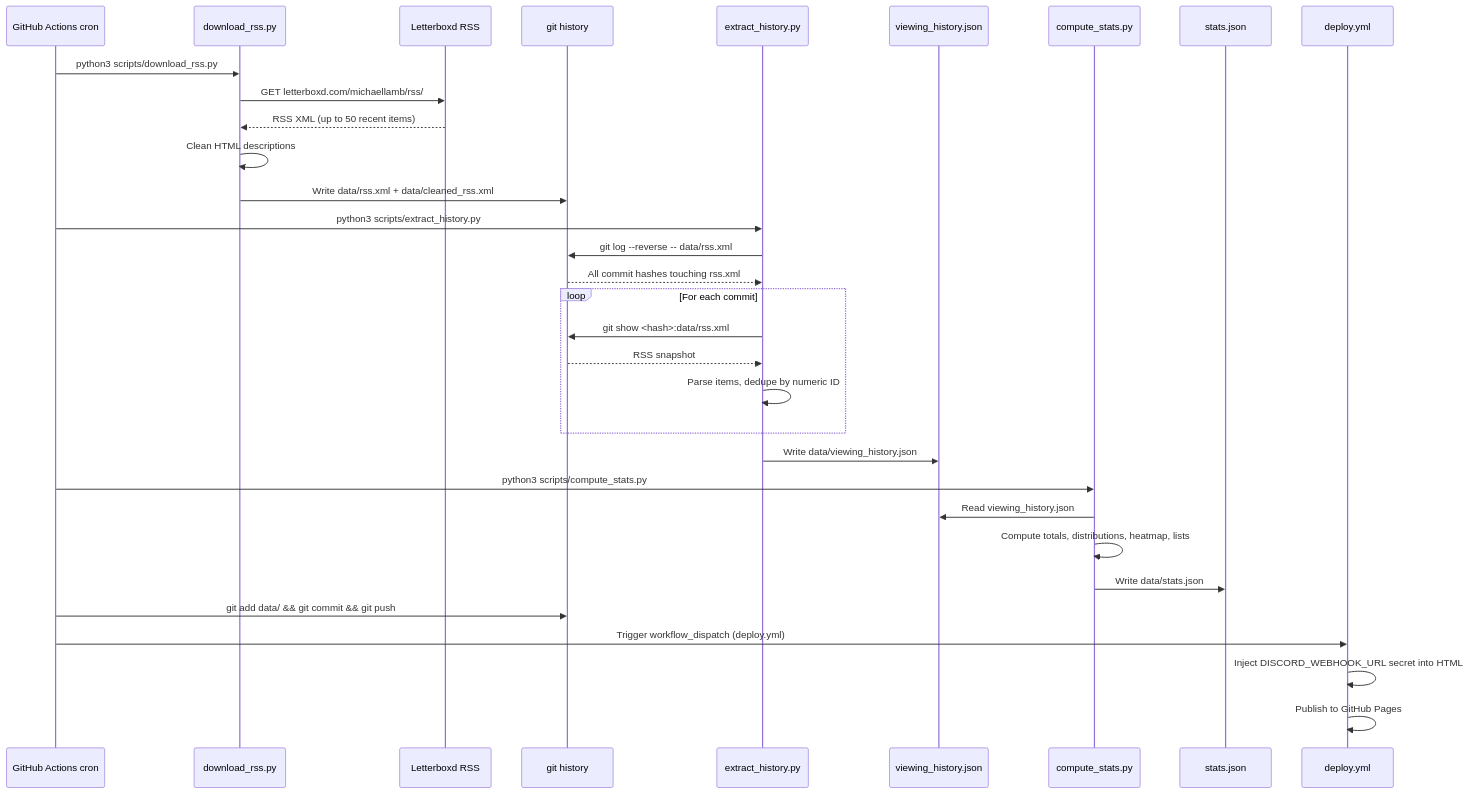
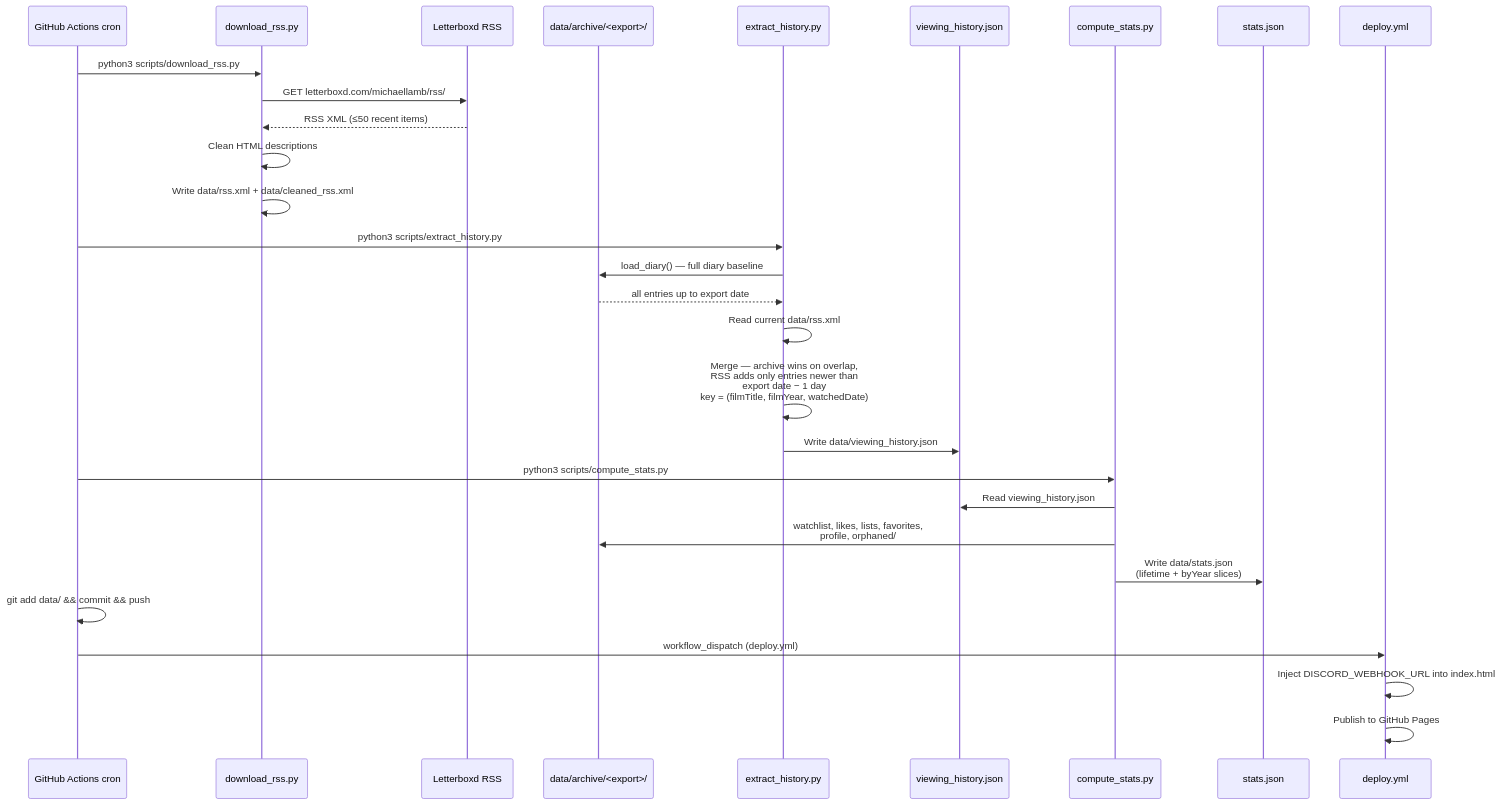
The fifth of 5 diagrams in sequence-diagram.md (michaellambgelo/letterboxd-viewer), drawn with Mermaid before and after one commit. The commit also changed other lines of this file, not shown here.

````diff
--- a/sequence-diagram.md
+++ b/sequence-diagram.md
@@ -39,38 +162,35 @@
 ```mermaid
 sequenceDiagram
     participant Cron as GitHub Actions cron
     participant Download as download_rss.py
     participant Letterboxd as Letterboxd RSS
-    participant Git as git history
+    participant Archive as data/archive/<export>/
     participant Extract as extract_history.py
     participant History as viewing_history.json
     participant Compute as compute_stats.py
     participant Stats as stats.json
     participant Deploy as deploy.yml
 
     Cron->>Download: python3 scripts/download_rss.py
     Download->>Letterboxd: GET letterboxd.com/michaellamb/rss/
-    Letterboxd-->>Download: RSS XML (up to 50 recent items)
+    Letterboxd-->>Download: RSS XML (≤50 recent items)
     Download->>Download: Clean HTML descriptions
-    Download->>Git: Write data/rss.xml + data/cleaned_rss.xml
+    Download->>Download: Write data/rss.xml + data/cleaned_rss.xml
 
     Cron->>Extract: python3 scripts/extract_history.py
-    Extract->>Git: git log --reverse -- data/rss.xml
-    Git-->>Extract: All commit hashes touching rss.xml
-    loop For each commit
-        Extract->>Git: git show <hash>:data/rss.xml
-        Git-->>Extract: RSS snapshot
-        Extract->>Extract: Parse items, dedupe by numeric ID
-    end
+    Extract->>Archive: load_diary() — full diary baseline
+    Archive-->>Extract: all entries up to export date
+    Extract->>Extract: Read current data/rss.xml
+    Extract->>Extract: Merge — archive wins on overlap,<br/>RSS adds only entries newer than<br/>export date − 1 day<br/>key = (filmTitle, filmYear, watchedDate)
     Extract->>History: Write data/viewing_history.json
 
     Cron->>Compute: python3 scripts/compute_stats.py
     Compute->>History: Read viewing_history.json
-    Compute->>Compute: Compute totals, distributions, heatmap, lists
-    Compute->>Stats: Write data/stats.json
+    Compute->>Archive: watchlist, likes, lists, favorites,<br/>profile, orphaned/
+    Compute->>Stats: Write data/stats.json<br/>(lifetime + byYear slices)
 
-    Cron->>Git: git add data/ && git commit && git push
-    Cron->>Deploy: Trigger workflow_dispatch (deploy.yml)
-    Deploy->>Deploy: Inject DISCORD_WEBHOOK_URL secret into HTML
+    Cron->>Cron: git add data/ && commit && push
+    Cron->>Deploy: workflow_dispatch (deploy.yml)
+    Deploy->>Deploy: Inject DISCORD_WEBHOOK_URL into index.html
     Deploy->>Deploy: Publish to GitHub Pages
 ```
````
